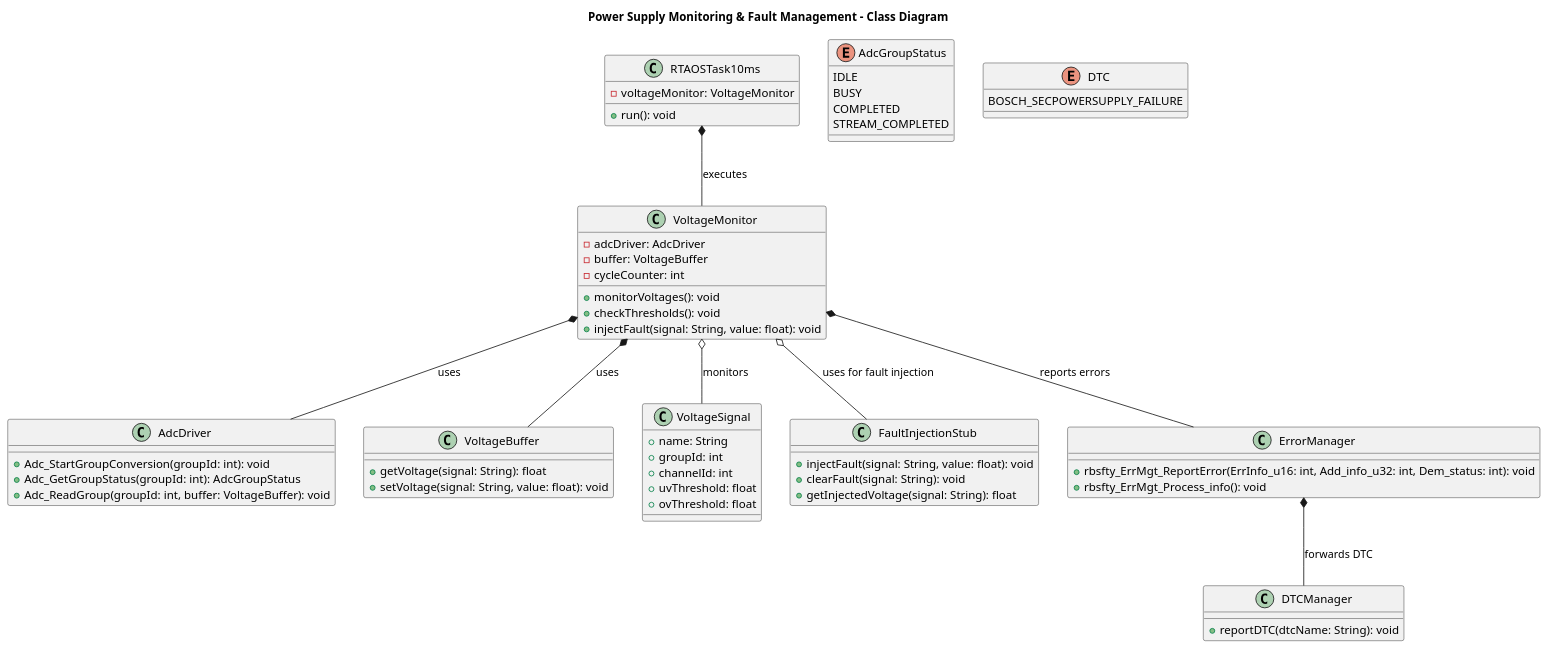
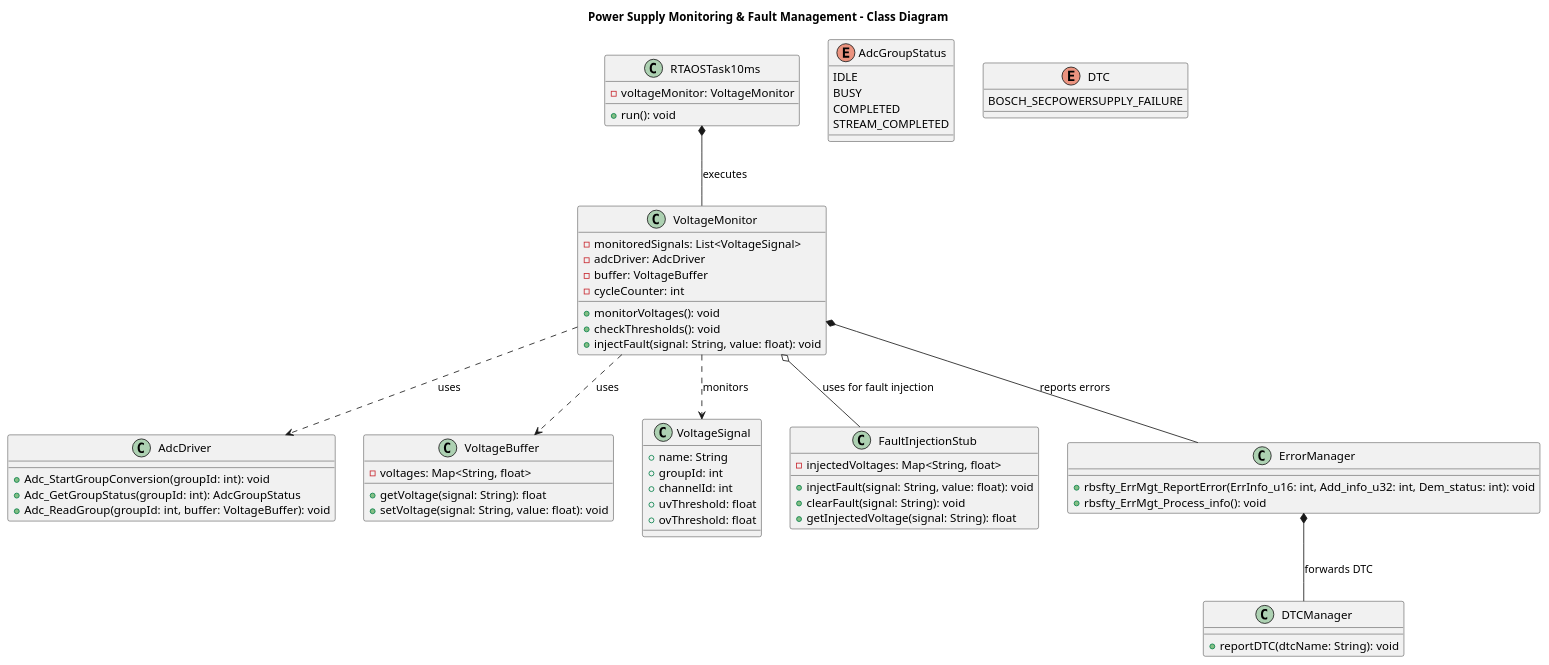
The diagram in puml-parser-py/data/samples/classdiagram_1.puml (balajirajan87/Rhaosody_pluggin_GenAI), drawn with PlantUML before and after one commit. The commit also changed 3 other files, not shown here.

Commit message:
class diagram samples

```diff
--- a/puml-parser-py/data/samples/classdiagram_1.puml
+++ b/puml-parser-py/data/samples/classdiagram_1.puml
@@ -1,77 +1,80 @@
 @startuml
 title Power Supply Monitoring & Fault Management - Class Diagram
 
 ' ========== ADC Driver Layer ==========
 class AdcDriver {
     + Adc_StartGroupConversion(groupId: int): void
     + Adc_GetGroupStatus(groupId: int): AdcGroupStatus
     + Adc_ReadGroup(groupId: int, buffer: VoltageBuffer): void
 }
 
 enum AdcGroupStatus {
     IDLE
     BUSY
     COMPLETED
     STREAM_COMPLETED
 }
 
 class VoltageBuffer {
+    - voltages: Map<String, float>
     + getVoltage(signal: String): float
     + setVoltage(signal: String, value: float): void
 }
 
 ' ========== Voltage Monitoring ==========
 class VoltageMonitor {
+    - monitoredSignals: List<VoltageSignal>
     - adcDriver: AdcDriver
     - buffer: VoltageBuffer
     - cycleCounter: int
     + monitorVoltages(): void
     + checkThresholds(): void
     + injectFault(signal: String, value: float): void
 }
 
 class VoltageSignal {
     + name: String
     + groupId: int
     + channelId: int
     + uvThreshold: float
     + ovThreshold: float
 }
 
 ' ========== Fault Injection ==========
 class FaultInjectionStub {
+    - injectedVoltages: Map<String, float>
     + injectFault(signal: String, value: float): void
     + clearFault(signal: String): void
     + getInjectedVoltage(signal: String): float
 }
 
 ' ========== Error Management & DTC ==========
 class ErrorManager {
     + rbsfty_ErrMgt_ReportError(ErrInfo_u16: int, Add_info_u32: int, Dem_status: int): void
     + rbsfty_ErrMgt_Process_info(): void
 }
 
 class DTCManager {
     + reportDTC(dtcName: String): void
 }
 
 enum DTC {
     BOSCH_SECPOWERSUPPLY_FAILURE
 }
 
 ' ========== OS Task Layer ==========
 class RTAOSTask10ms {
     - voltageMonitor: VoltageMonitor
     + run(): void
 }
 
 ' ========== Relationships ==========
-VoltageMonitor o-- VoltageSignal : "monitors"
-VoltageMonitor *-- VoltageBuffer : "uses"
-VoltageMonitor *-- AdcDriver : "uses"
+VoltageMonitor ..> VoltageSignal : "monitors"
+VoltageMonitor ..> VoltageBuffer : "uses"
+VoltageMonitor ..> AdcDriver : "uses"
 VoltageMonitor o-- FaultInjectionStub : "uses for fault injection"
 VoltageMonitor *-- ErrorManager : "reports errors"
 ErrorManager *-- DTCManager : "forwards DTC"
 RTAOSTask10ms *-- VoltageMonitor : "executes"
 
 @enduml
```
